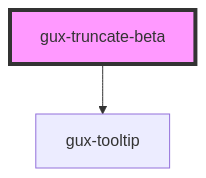
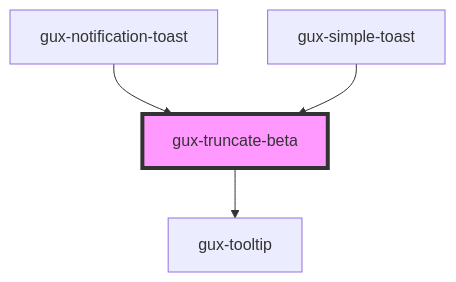
One commit to MyPureCloud/genesys-spark changed the diagram in src/components/beta/gux-truncate/readme.md. Above: the diagram before and after it, drawn with Mermaid. The commit also changed other lines of this file and 12 other files, not shown here.

````diff
--- a/src/components/beta/gux-truncate/readme.md
+++ b/src/components/beta/gux-truncate/readme.md
@@ -52,5 +57,7 @@
 ```mermaid
 graph TD;
   gux-truncate-beta --> gux-tooltip
+  gux-notification-toast --> gux-truncate-beta
+  gux-simple-toast --> gux-truncate-beta
   style gux-truncate-beta fill:#f9f,stroke:#333,stroke-width:4px
 ```
````
